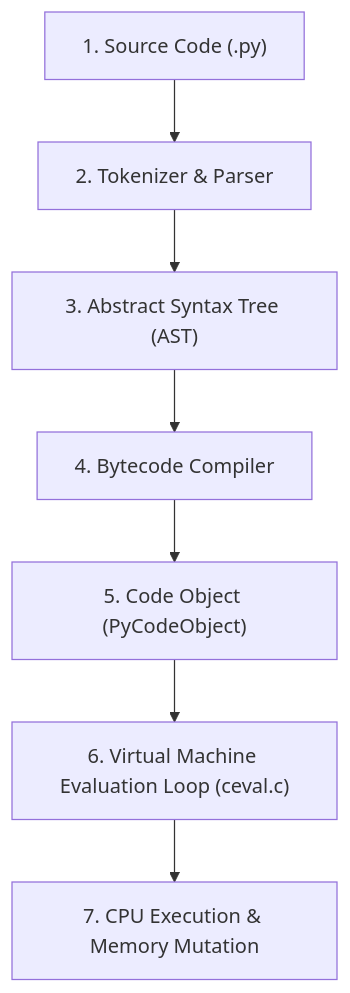
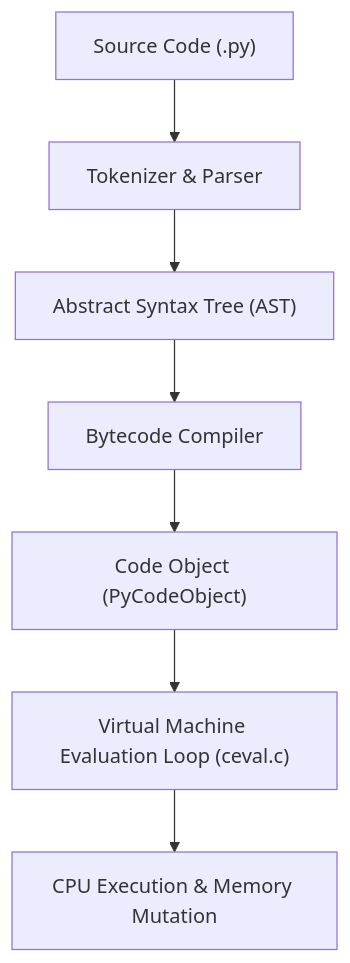
The diagram in src/content/docs/foundations/what-is-python.mdx (AchuAshwath/Cthru-Python), drawn with Mermaid before and after one commit. The commit also changed other lines of this file and 6 other files, not shown here.

Commit message:
docs: remove unquantified numbers from subheadings and apply mermaid writing standards

````diff
--- a/src/content/docs/foundations/what-is-python.mdx
+++ b/src/content/docs/foundations/what-is-python.mdx
@@ -17,9 +17,9 @@
 ```mermaid
 flowchart TD
-    Source["1. Source Code (.py)"] --> Lexer["2. Tokenizer & Parser"]
-    Lexer --> AST["3. Abstract Syntax Tree (AST)"]
-    AST --> Compiler["4. Bytecode Compiler"]
-    Compiler --> CodeObj["5. Code Object (PyCodeObject)"]
-    CodeObj --> VM["6. Virtual Machine Evaluation Loop (ceval.c)"]
-    VM --> Hardware["7. CPU Execution & Memory Mutation"]
+    Source["Source Code (.py)"] --> Lexer["Tokenizer & Parser"]
+    Lexer --> AST["Abstract Syntax Tree (AST)"]
+    AST --> Compiler["Bytecode Compiler"]
+    Compiler --> CodeObj["Code Object (PyCodeObject)"]
+    CodeObj --> VM["Virtual Machine Evaluation Loop (ceval.c)"]
+    VM --> Hardware["CPU Execution & Memory Mutation"]
 ```
````
